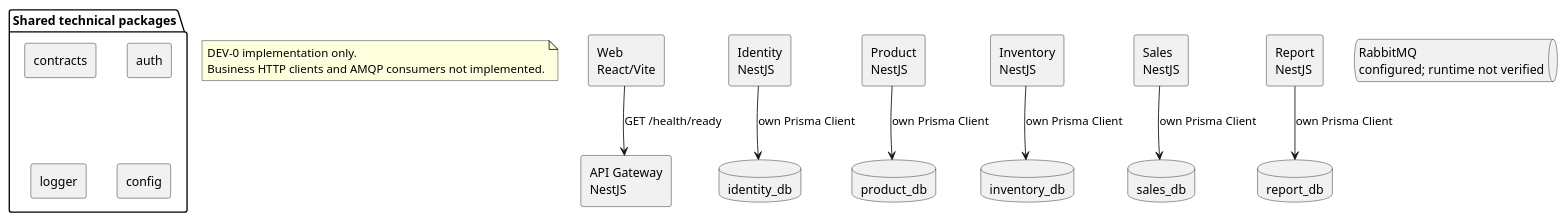
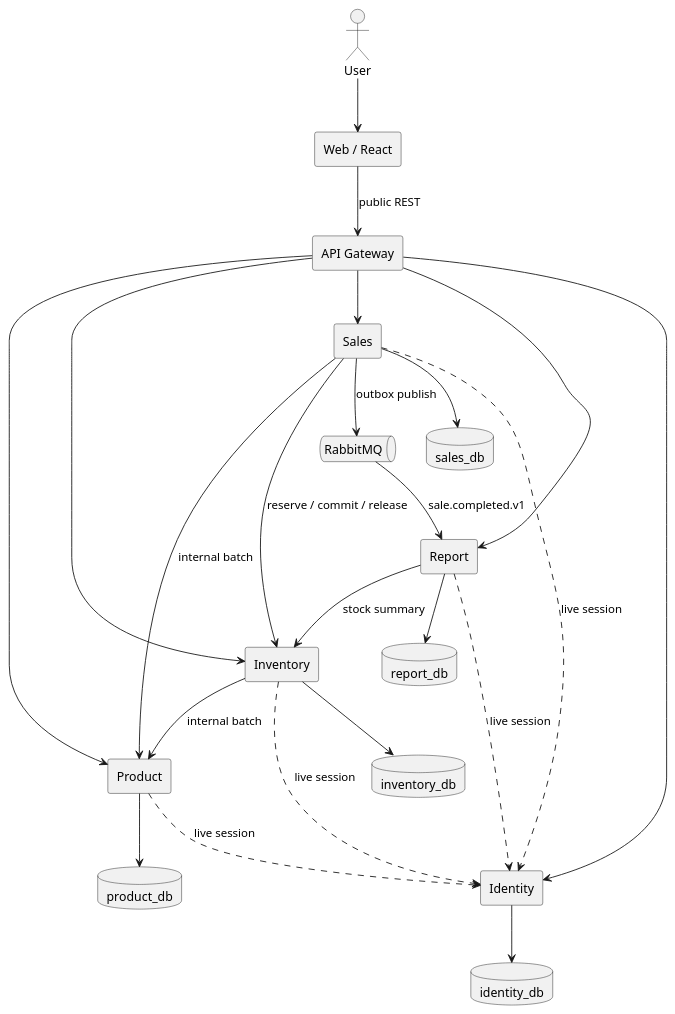
Before and after one commit to dnk22/kien-truc-phan-mem: the diagram in docs/uml/component.puml, drawn with PlantUML. The commit also changed 10 other files, not shown here.

Commit message:
docs(uml): update system diagrams and five schema-derived ERDs

```diff
--- a/docs/uml/component.puml
+++ b/docs/uml/component.puml
@@ -1,29 +1,39 @@
 @startuml
 skinparam componentStyle rectangle
-note "DEV-0 implementation only.\nBusiness HTTP clients and AMQP consumers not implemented." as scope
-component "Web\nReact/Vite" as web
-component "API Gateway\nNestJS" as gateway
-component "Identity\nNestJS" as identity
-component "Product\nNestJS" as product
-component "Inventory\nNestJS" as inventory
-component "Sales\nNestJS" as sales
-component "Report\nNestJS" as report
-database identity_db
-database product_db
-database inventory_db
-database sales_db
-database report_db
-queue "RabbitMQ\nconfigured; runtime not verified" as rabbit
-web --> gateway : GET /health/ready
-identity --> identity_db : own Prisma Client
-product --> product_db : own Prisma Client
-inventory --> inventory_db : own Prisma Client
-sales --> sales_db : own Prisma Client
-report --> report_db : own Prisma Client
-package "Shared technical packages" {
-  component contracts
-  component auth
-  component logger
-  component config
-}
+actor User
+component "Web / React" as web
+component "API Gateway" as gw
+component Identity as identity
+component Product as product
+component Inventory as inventory
+component Sales as sales
+component Report as report
+queue RabbitMQ as mq
+database identity_db as di
+database product_db as dp
+database inventory_db as dv
+database sales_db as ds
+database report_db as dr
+User --> web
+web --> gw : public REST
+gw --> identity
+gw --> product
+gw --> inventory
+gw --> sales
+gw --> report
+product ..> identity : live session
+inventory ..> identity : live session
+sales ..> identity : live session
+report ..> identity : live session
+inventory --> product : internal batch
+sales --> product : internal batch
+sales --> inventory : reserve / commit / release
+report --> inventory : stock summary
+sales --> mq : outbox publish
+mq --> report : sale.completed.v1
+identity --> di
+product --> dp
+inventory --> dv
+sales --> ds
+report --> dr
 @enduml
```
